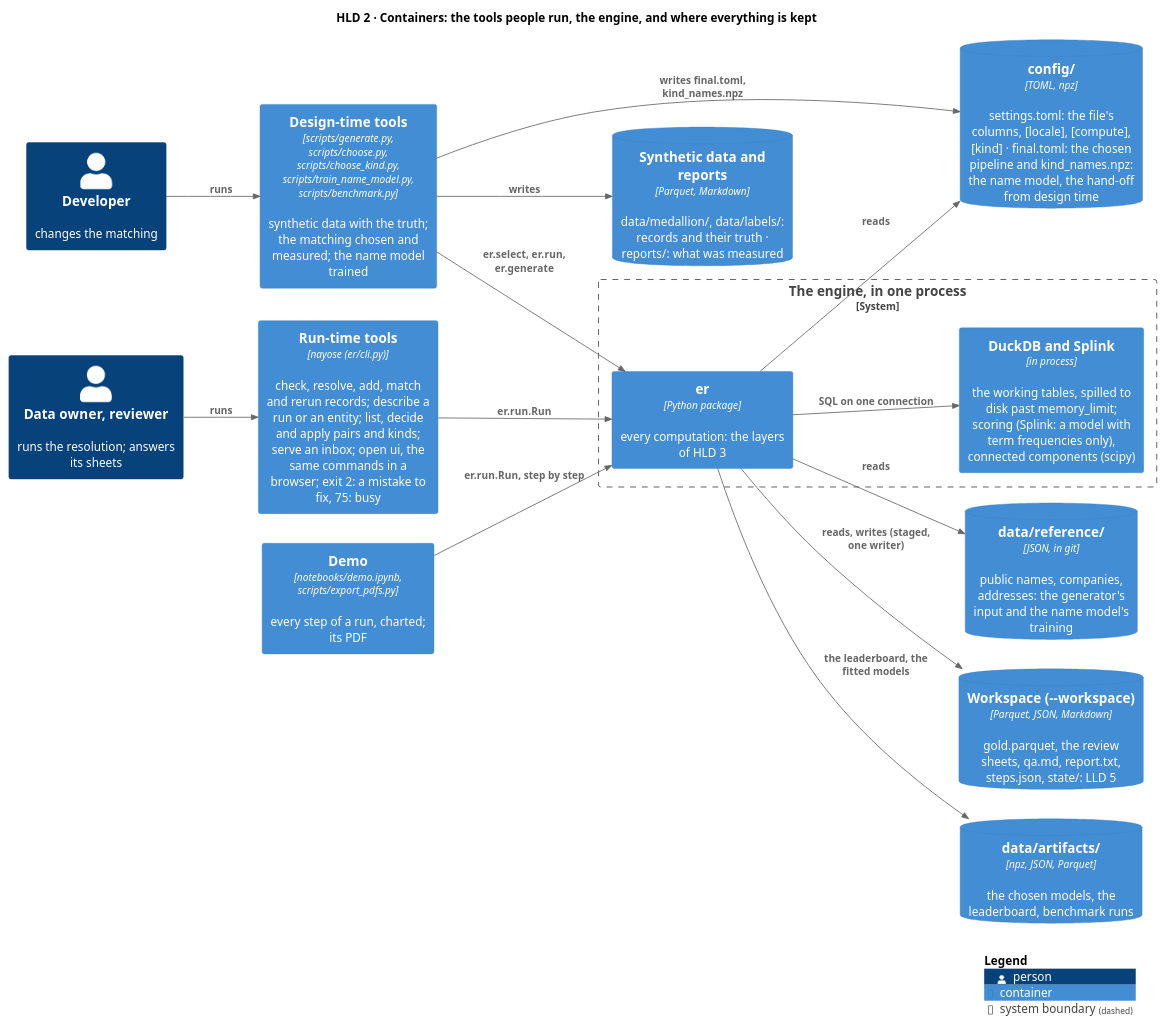
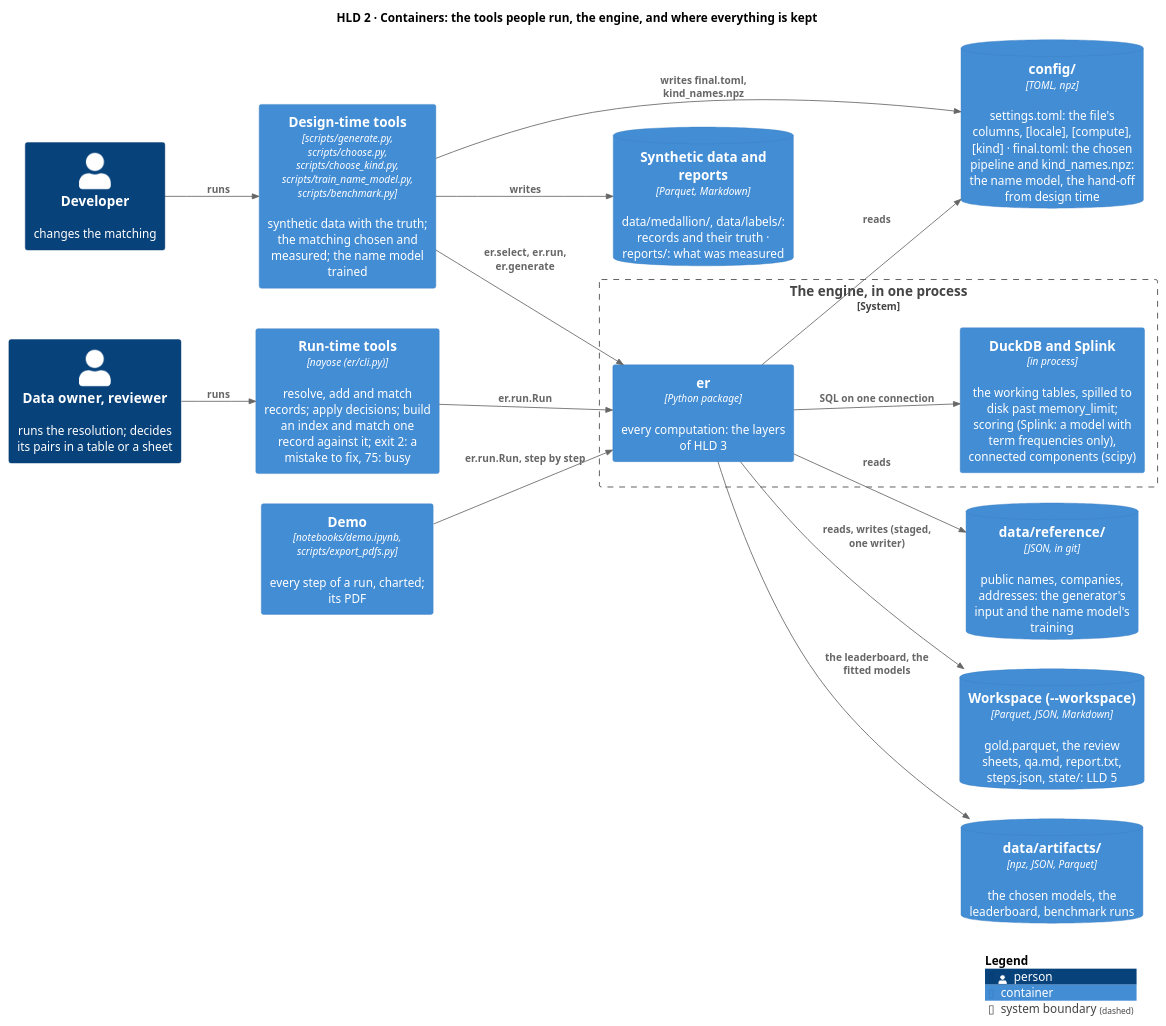
The diagram in docs/diagrams/containers.puml (mvsbm/entity_matching), drawn with PlantUML before and after one commit. The commit also changed 66 other files, not shown here.

First line of the commit message:
The command line keeps the six commands production runs: resolve, add and match records, apply decisions, build index, match record; the UI, auto mode, the inbox, details, trials and 55 other commands go

```diff
--- a/docs/diagrams/containers.puml
+++ b/docs/diagrams/containers.puml
@@ -1,39 +1,39 @@
 @startuml containers
 !include <C4/C4_Container>
 LAYOUT_LEFT_RIGHT()
 HIDE_STEREOTYPE()
 title HLD 2 · Containers: the tools people run, the engine, and where everything is kept
 
-Person(owner, "Data owner, reviewer", "runs the resolution; answers its sheets")
+Person(owner, "Data owner, reviewer", "runs the resolution; decides its pairs in a table or a sheet")
 Person(developer, "Developer", "changes the matching")
 
-Container(runtime, "Run-time tools", "nayose (er/cli.py)", "check, resolve, add, match and rerun records; describe a run or an entity; list, decide and apply pairs and kinds; serve an inbox; open ui, the same commands in a browser; exit 2: a mistake to fix, 75: busy")
+Container(runtime, "Run-time tools", "nayose (er/cli.py)", "resolve, add and match records; apply decisions; build an index and match one record against it; exit 2: a mistake to fix, 75: busy")
 Container(designtime, "Design-time tools", "scripts/generate.py, scripts/choose.py, scripts/choose_kind.py, scripts/train_name_model.py, scripts/benchmark.py", "synthetic data with the truth; the matching chosen and measured; the name model trained")
 Container(demo, "Demo", "notebooks/demo.ipynb, scripts/export_pdfs.py", "every step of a run, charted; its PDF")
 
 System_Boundary(engine, "The engine, in one process") {
   Container(er, "er", "Python package", "every computation: the layers of HLD 3")
   Container(duckdb, "DuckDB and Splink", "in process", "the working tables, spilled to disk past memory_limit; scoring (Splink: a model with term frequencies only), connected components (scipy)")
 }
 
 ContainerDb(config, "config/", "TOML, npz", "settings.toml: the file's columns, [locale], [compute], [kind] · final.toml: the chosen pipeline and kind_names.npz: the name model, the hand-off from design time")
 ContainerDb(reference, "data/reference/", "JSON, in git", "public names, companies, addresses: the generator's input and the name model's training")
 ContainerDb(runfolder, "Workspace (~--workspace)", "Parquet, JSON, Markdown", "gold.parquet, the review sheets, qa.md, report.txt, steps.json, state/: LLD 5")
 ContainerDb(artifacts, "data/artifacts/", "npz, JSON, Parquet", "the chosen models, the leaderboard, benchmark runs")
 ContainerDb(synthetic, "Synthetic data and reports", "Parquet, Markdown", "data/medallion/, data/labels/: records and their truth · reports/: what was measured")
 
 Rel(owner, runtime, "runs")
 Rel(developer, designtime, "runs")
 Rel(runtime, er, "er.run.Run")
 Rel(designtime, er, "er.select, er.run, er.generate")
 Rel(demo, er, "er.run.Run, step by step")
 Rel(er, duckdb, "SQL on one connection")
 Rel(er, config, "reads")
 Rel(er, reference, "reads")
 Rel(er, runfolder, "reads, writes (staged, one writer)")
 Rel(er, artifacts, "the leaderboard, the fitted models")
 Rel(designtime, synthetic, "writes")
 Rel(designtime, config, "writes final.toml, kind_names.npz")
 
 SHOW_LEGEND()
 @enduml
```
